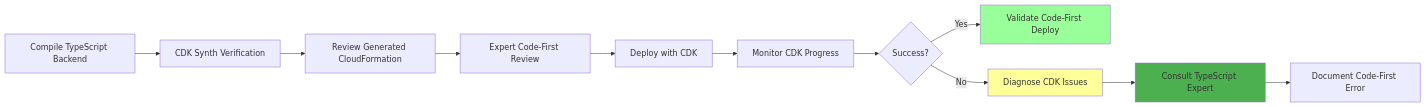
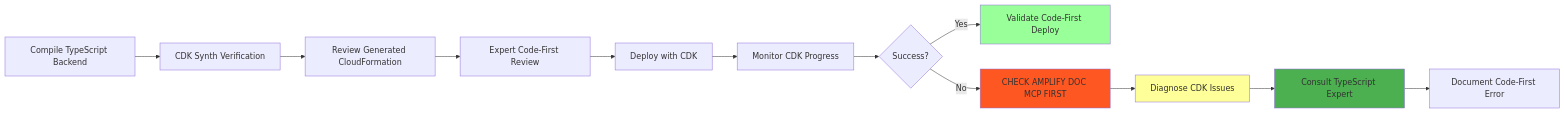
The fourth of 7 diagrams in AmplifyForge-mode.md (jigza/maestro), drawn with Mermaid before and after one commit. The commit also changed other lines of this file and 3 other files, not shown here.

````diff
--- a/AmplifyForge-mode.md
+++ b/AmplifyForge-mode.md
@@ -401,17 +405,19 @@
 ```mermaid
 graph LR
     A[Compile TypeScript Backend] --> B[CDK Synth Verification]
     B --> C[Review Generated CloudFormation]
     C --> D[Expert Code-First Review]
     D --> E[Deploy with CDK]
     E --> F[Monitor CDK Progress]
     F --> G{Success?}
     G -->|Yes| H[Validate Code-First Deploy]
-    G -->|No| I[Diagnose CDK Issues]
-    I --> J[Consult TypeScript Expert]
+    G -->|No| I1[CHECK AMPLIFY DOC MCP FIRST]
+    I1 --> I2[Diagnose CDK Issues]
+    I2 --> J[Consult TypeScript Expert]
     J --> K[Document Code-First Error]
     
     style H fill:#99ff99
-    style I fill:#ffff99
+    style I1 fill:#FF5722
+    style I2 fill:#ffff99
     style J fill:#4CAF50
 ```
````
